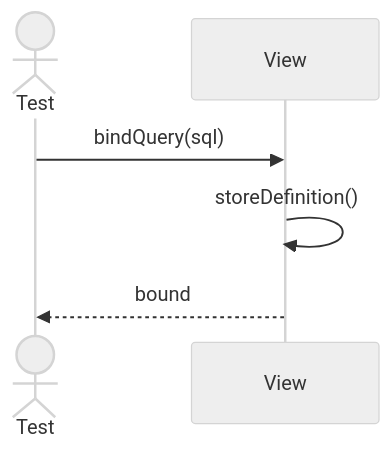
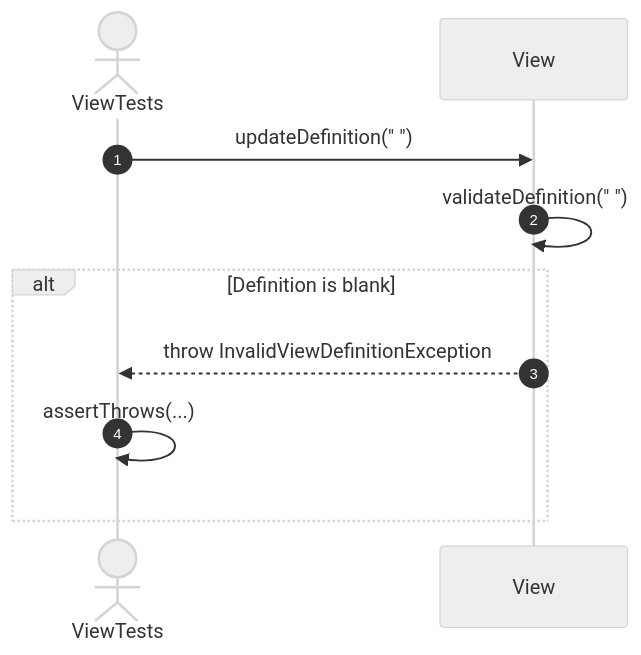
Before and after one commit to FhuAnn/-bbv-AN-s-DBMS: the seventh of 21 diagrams in src/tests/unit/metadata/sequences/view-testing.se.md, drawn with Mermaid (neutral theme). The commit also changed other lines of this file and 60 other files, not shown here.

````diff
--- a/src/tests/unit/metadata/sequences/view-testing.se.md
+++ b/src/tests/unit/metadata/sequences/view-testing.se.md
@@ -103,9 +113,14 @@
 ```mermaid
 sequenceDiagram
-actor Test
-participant View
+    autonumber
+    actor Test as ViewTests
+    participant View as View
 
-Test->>View: bindQuery(sql)
-View->>View: storeDefinition()
-View-->>Test: bound
+    Test->>View: updateDefinition(" ")
+    View->>View: validateDefinition(" ")
+
+    alt Definition is blank
+        View-->>Test: throw InvalidViewDefinitionException
+        Test->>Test: assertThrows(...)
+    end
 ```
````
